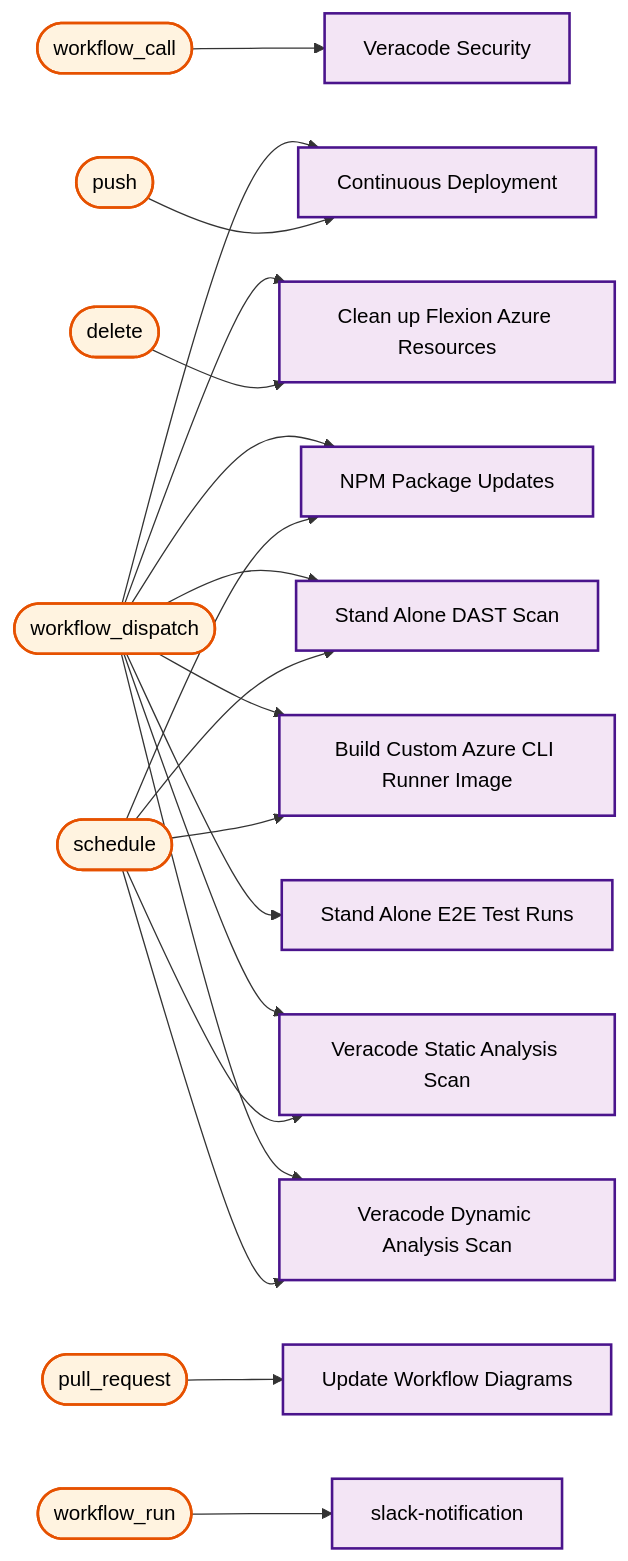
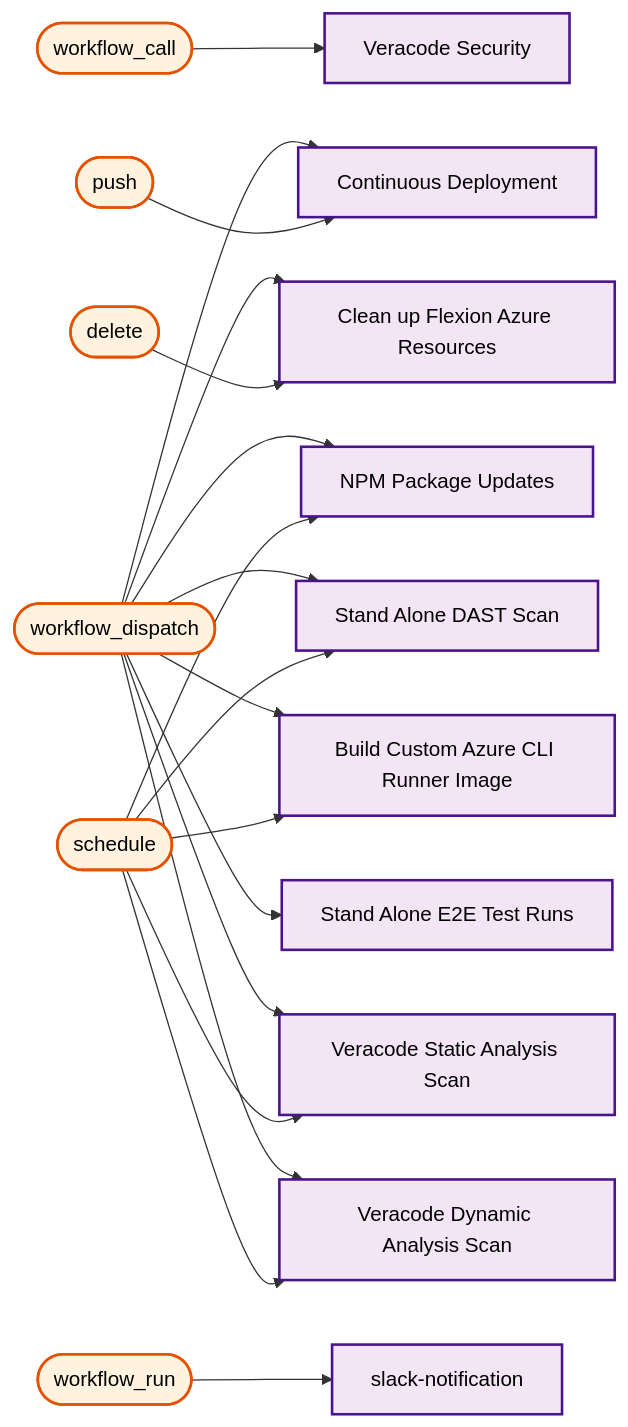
Diagram 22 of 22 in docs/operations/workflow-diagram.md (US-Trustee-Program/Bankruptcy-Oversight-Support-Systems), drawn with Mermaid before and after one commit. The commit also changed other lines of this file and 3 other files, not shown here.

````diff
--- a/docs/operations/workflow-diagram.md
+++ b/docs/operations/workflow-diagram.md
@@ -1295,69 +1267,64 @@
 ```mermaid
 flowchart LR
     trigger_workflow_call(["workflow_call"])
     sub_security_scan_yml["Veracode Security"]
     trigger_workflow_dispatch(["workflow_dispatch"])
     e2e_test_yml["Stand Alone E2E Test Runs"]
     azure_remove_branch_yml["Clean up Flexion Azure Resources"]
     veracode_dast_scan_yml["Veracode Dynamic Analysis Scan"]
     veracode_sast_upload_yml["Veracode Static Analysis Scan"]
     continuous_deployment_yml["Continuous Deployment"]
     build_azure_cli_image_yml["Build Custom Azure CLI Runner Image"]
     dast_scan_yml["Stand Alone DAST Scan"]
     update_dependencies_yml["NPM Package Updates"]
     trigger_delete(["delete"])
     azure_remove_branch_yml["Clean up Flexion Azure Resources"]
     trigger_schedule(["schedule"])
     veracode_dast_scan_yml["Veracode Dynamic Analysis Scan"]
     veracode_sast_upload_yml["Veracode Static Analysis Scan"]
     build_azure_cli_image_yml["Build Custom Azure CLI Runner Image"]
     dast_scan_yml["Stand Alone DAST Scan"]
     update_dependencies_yml["NPM Package Updates"]
-    trigger_pull_request(["pull_request"])
-    update_workflow_diagrams_yml["Update Workflow Diagrams"]
     trigger_push(["push"])
     continuous_deployment_yml["Continuous Deployment"]
     trigger_workflow_run(["workflow_run"])
     slack_notification_yml["slack-notification"]
 
     trigger_workflow_call --> sub_security_scan_yml
     trigger_workflow_dispatch --> e2e_test_yml
     trigger_workflow_dispatch --> azure_remove_branch_yml
     trigger_workflow_dispatch --> veracode_dast_scan_yml
     trigger_workflow_dispatch --> veracode_sast_upload_yml
     trigger_workflow_dispatch --> continuous_deployment_yml
     trigger_workflow_dispatch --> build_azure_cli_image_yml
     trigger_workflow_dispatch --> dast_scan_yml
     trigger_workflow_dispatch --> update_dependencies_yml
     trigger_delete --> azure_remove_branch_yml
     trigger_schedule --> veracode_dast_scan_yml
     trigger_schedule --> veracode_sast_upload_yml
     trigger_schedule --> build_azure_cli_image_yml
     trigger_schedule --> dast_scan_yml
     trigger_schedule --> update_dependencies_yml
-    trigger_pull_request --> update_workflow_diagrams_yml
     trigger_push --> continuous_deployment_yml
     trigger_workflow_run --> slack_notification_yml
 
     classDef mainWorkflow fill:#f3e5f5,stroke:#4a148c,stroke-width:2px,color:#000000
     classDef trigger fill:#fff3e0,stroke:#e65100,stroke-width:2px,color:#000000
 
     class trigger_workflow_call trigger
     class trigger_workflow_dispatch trigger
     class trigger_delete trigger
     class trigger_schedule trigger
-    class trigger_pull_request trigger
     class trigger_push trigger
     class trigger_workflow_run trigger
     class sub_security_scan_yml mainWorkflow
     class e2e_test_yml mainWorkflow
     class azure_remove_branch_yml mainWorkflow
     class veracode_dast_scan_yml mainWorkflow
-    class update_workflow_diagrams_yml mainWorkflow
     class veracode_sast_upload_yml mainWorkflow
     class continuous_deployment_yml mainWorkflow
     class build_azure_cli_image_yml mainWorkflow
     class dast_scan_yml mainWorkflow
     class update_dependencies_yml mainWorkflow
     class slack_notification_yml mainWorkflow
 ```
````
